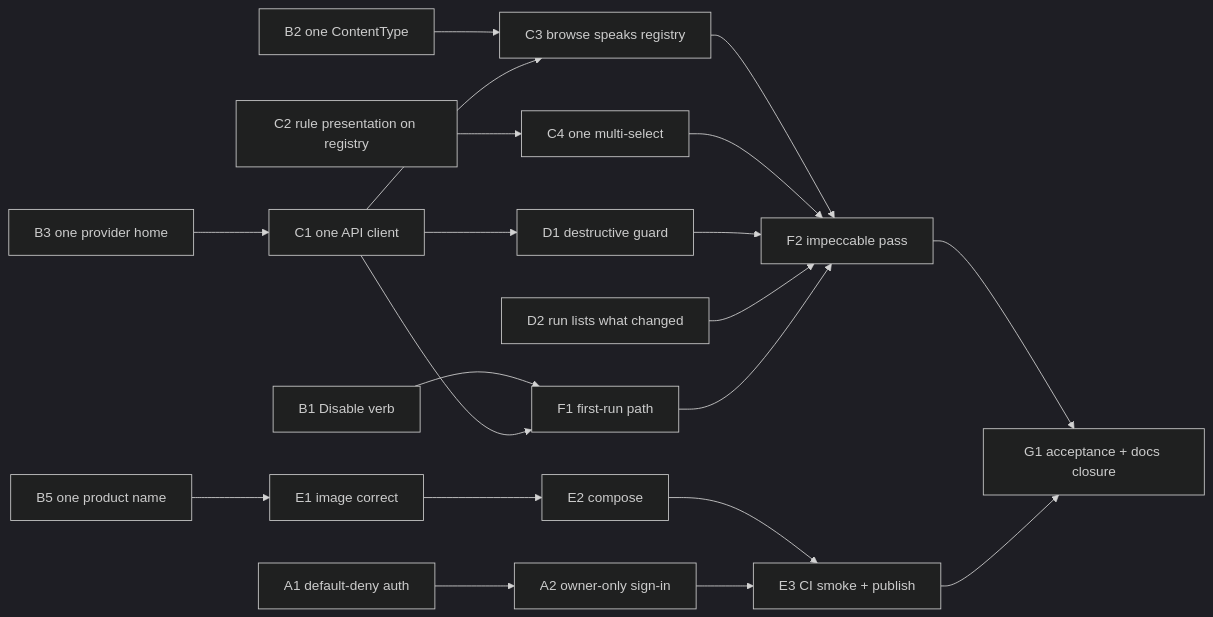
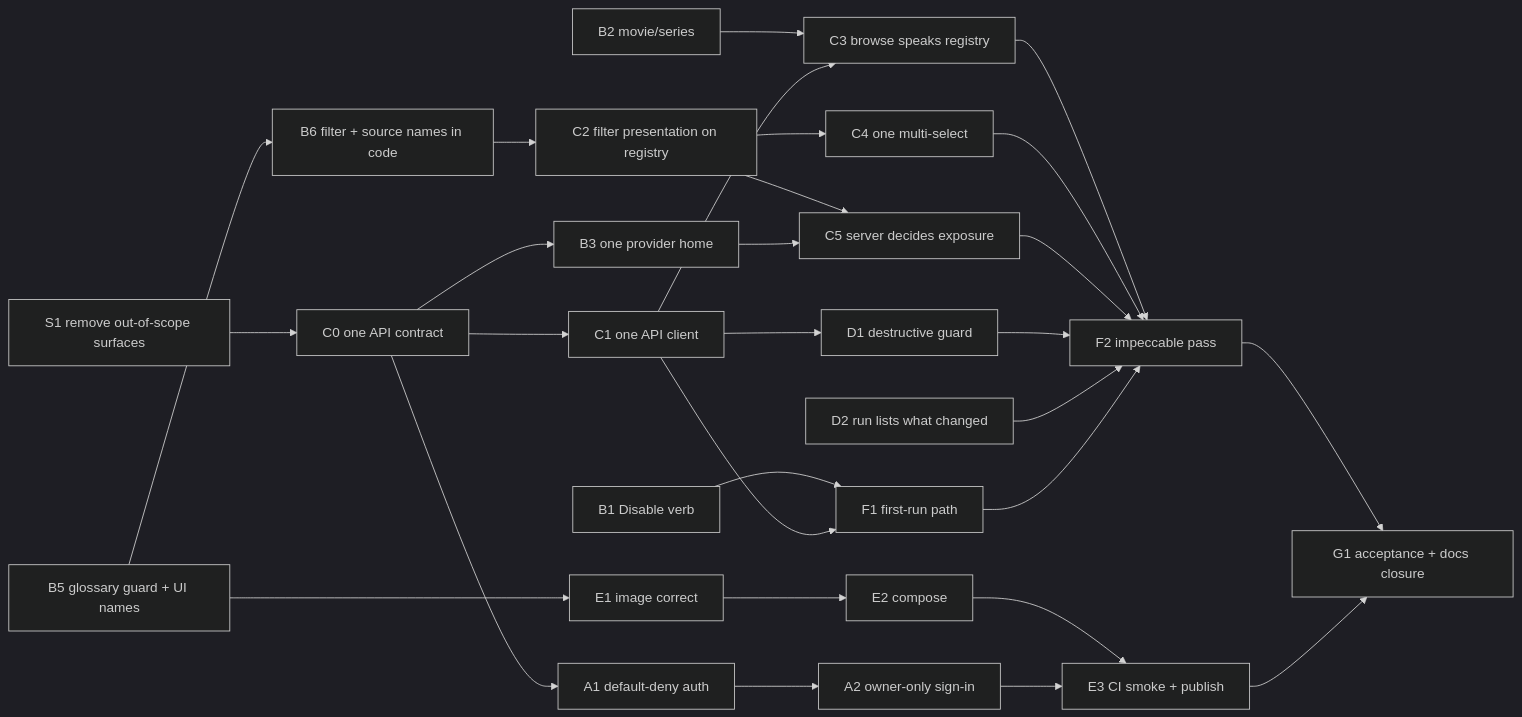
The diagram in docs/in_progress/mvp/plan.md (nokternol/warden), drawn with Mermaid (dark theme) before and after one commit. The commit also changed other lines of this file, not shown here.

First line of the commit message:
Define the MVP by functional scope and one-contract exposure

````diff
--- a/docs/in_progress/mvp/plan.md
+++ b/docs/in_progress/mvp/plan.md
@@ -145,17 +248,23 @@
 ```mermaid
 flowchart LR
-  A1[A1 default-deny auth] --> A2[A2 owner-only sign-in]
+  S1[S1 remove out-of-scope surfaces] --> C0[C0 one API contract]
+  C0 --> A1[A1 default-deny auth]
+  C0 --> B3[B3 one provider home]
+  A1 --> A2[A2 owner-only sign-in]
   B1[B1 Disable verb] --> F1[F1 first-run path]
-  B5[B5 one product name] --> E1
-  B2[B2 one ContentType] --> C3[C3 browse speaks registry]
-  B3[B3 one provider home] --> C1[C1 one API client]
+  B2[B2 movie/series] --> C3[C3 browse speaks registry]
+  C0 --> C1[C1 one API client]
+  B5[B5 glossary guard + UI names] --> E1
+  B5 --> B6[B6 filter + source names in code]
+  B6 --> C2[C2 filter presentation on registry]
   C1 --> C3
   C1 --> D1[D1 destructive guard]
   C1 --> F1
-  C2[C2 rule presentation on registry] --> C4[C4 one multi-select]
+  C2 --> C4[C4 one multi-select]
+  C2 & B3 --> C5[C5 server decides exposure]
   D2[D2 run lists what changed]
   E1[E1 image correct] --> E2[E2 compose] --> E3[E3 CI smoke + publish]
   A2 --> E3
-  C3 & C4 & D1 & D2 & F1 --> F2[F2 impeccable pass]
+  C3 & C4 & C5 & D1 & D2 & F1 --> F2[F2 impeccable pass]
   F2 & E3 --> G1[G1 acceptance + docs closure]
 ```
````
